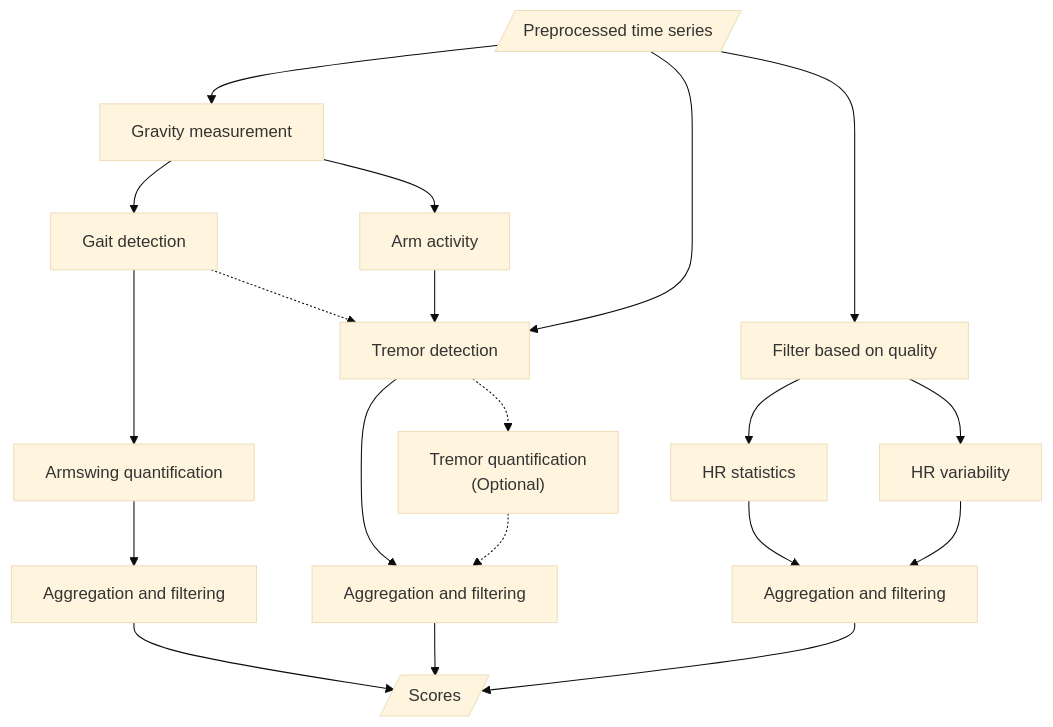
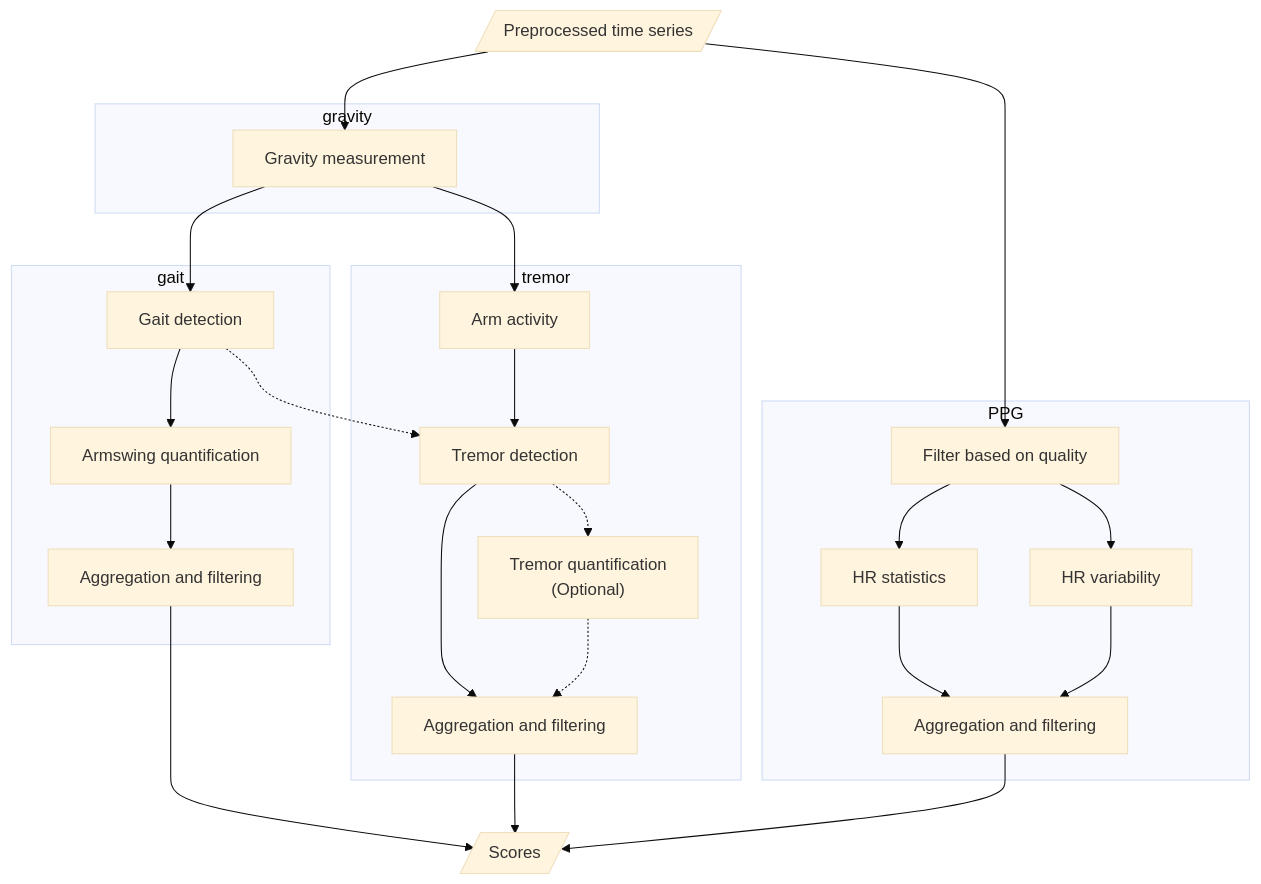
One commit to biomarkersParkinson/.github changed the second of 2 diagrams in profile/README.md. Above: the diagram before and after it, drawn with Mermaid (base theme).

Commit message:
Mark possible modules as subgraphs in diagram

````diff
--- a/profile/README.md
+++ b/profile/README.md
@@ -47,14 +47,38 @@
 ```mermaid
 graph TD;
-    Preprocessed[/Preprocessed time series/] --> Gravity["Gravity measurement"] --> Gait["Gait detection"] --> Armswing["Armswing quantification"] --> b["Aggregation and filtering"] --> Scores[/Scores/]
+
+    subgraph gravity
+         Gravity["Gravity measurement"]
+    end
+
+    subgraph gait
+        Gait["Gait detection"]
+        Armswing["Armswing quantification"]
+        b["Aggregation and filtering"]
+    end
+
+    subgraph tremor
+        ArmActivity["Arm activity"]
+        Tremor["Tremor detection"]
+        c["Aggregation and filtering"]
+        TremorQuant["Tremor quantification \n (Optional)"]
+    end
+
+    subgraph PPG
+        Filter["Filter based on quality"]
+        HRstat["HR statistics"]
+        HRvar["HR variability"]
+        d["Aggregation and filtering"]
+    end
+
+    Preprocessed[/Preprocessed time series/] --> Gravity --> Gait --> Armswing --> b --> Scores[/Scores/]
 
     Gait .-> Tremor
-    Gravity --> ArmActivity["Arm activity"] --> Tremor["Tremor detection"] --> c["Aggregation and filtering"] --> Scores
-    Preprocessed --> Tremor .-> TremorQuant["Tremor quantification \n (Optional)"] .-> c["Aggregation and filtering"]
+    Gravity --> ArmActivity--> Tremor --> c --> Scores
+    Tremor .-> TremorQuant .-> c
 
-    Preprocessed --> Filter["Filter based on quality"]
-    Filter --> HRstat["HR statistics"] --> d["Aggregation and filtering"] --> Scores
-    Filter --> HRvar["HR variability"] --> d["Aggregation and filtering"]
-
+    Preprocessed --> Filter
+    Filter --> HRstat --> d --> Scores
+    Filter --> HRvar --> d
 
 ```
````
